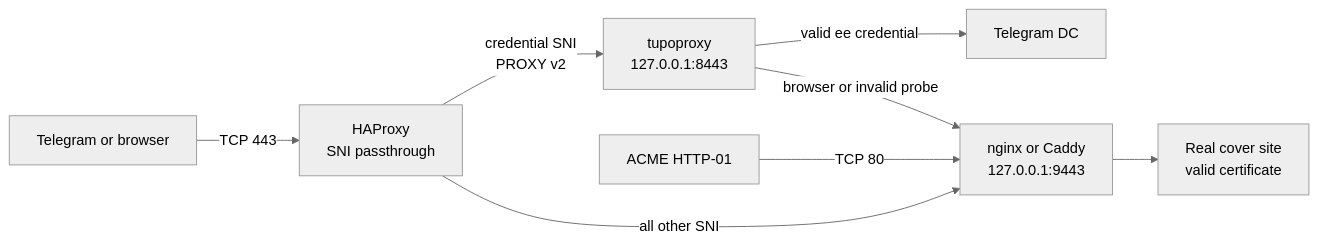
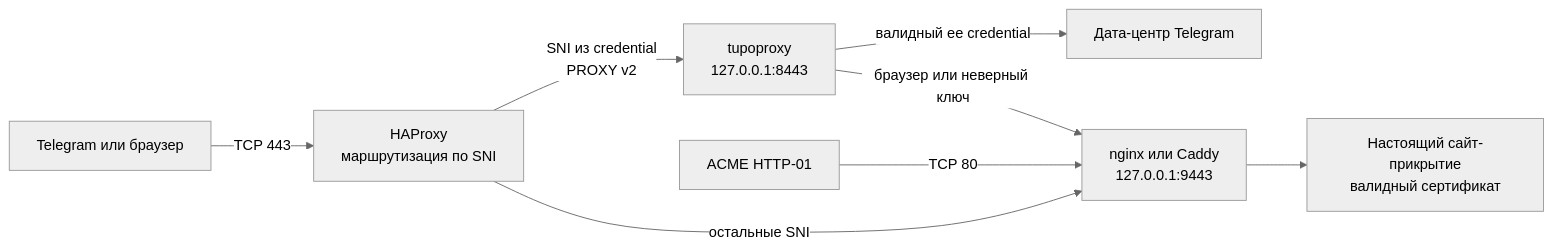
Before and after one commit to wasteprince/tupoproxy: the diagram in README.md, drawn with Mermaid (neutral theme). The commit also changed other lines of this file and 6 other files, not shown here.

````diff
--- a/README.md
+++ b/README.md
@@ -53,10 +51,10 @@
 ```mermaid
 flowchart LR
-    A[Telegram or browser] -->|TCP 443| H[HAProxy<br>SNI passthrough]
-    H -->|credential SNI<br>PROXY v2| T[tupoproxy<br>127.0.0.1:8443]
-    H -->|all other SNI| N[nginx or Caddy<br>127.0.0.1:9443]
-    T -->|valid ee credential| G[Telegram DC]
-    T -->|browser or invalid probe| N
-    N --> C[Real cover site<br>valid certificate]
+    A[Telegram или браузер] -->|TCP 443| H[HAProxy<br>маршрутизация по SNI]
+    H -->|SNI из credential<br>PROXY v2| T[tupoproxy<br>127.0.0.1:8443]
+    H -->|остальные SNI| N[nginx или Caddy<br>127.0.0.1:9443]
+    T -->|валидный ee credential| G[Дата-центр Telegram]
+    T -->|браузер или неверный ключ| N
+    N --> C[Настоящий сайт-прикрытие<br>валидный сертификат]
     E[ACME HTTP-01] -->|TCP 80| N
 ```
````
